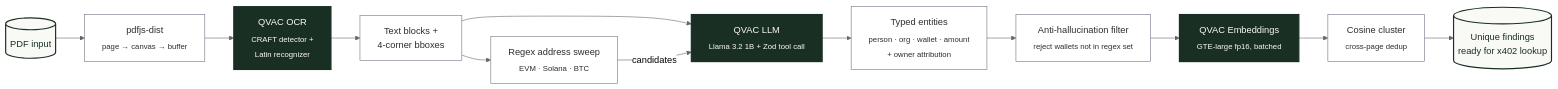
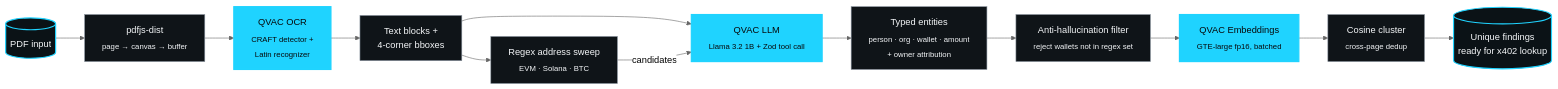
One commit to victorjayeoba/sovereign changed the third of 3 diagrams in README.md. Above: the diagram before and after it, drawn with Mermaid (neutral theme). The commit also changed other lines of this file and 1 other file, not shown here.

````diff
--- a/README.md
+++ b/README.md
@@ -195,26 +174,26 @@
 ```mermaid
 flowchart LR
     PDF[(PDF input)]
     PDF --> Raster["pdfjs-dist<br/><sub>page → canvas → buffer</sub>"]
 
     Raster --> OCR["QVAC OCR<br/><sub>CRAFT detector +<br/>Latin recognizer</sub>"]
     OCR --> Blocks["Text blocks +<br/>4-corner bboxes"]
 
     Blocks --> Regex["Regex address sweep<br/><sub>EVM · Solana · BTC</sub>"]
     Blocks --> LLM["QVAC LLM<br/><sub>Llama 3.2 1B + Zod tool call</sub>"]
     Regex -->|"candidates"| LLM
 
     LLM --> Entities["Typed entities<br/><sub>person · org · wallet · amount<br/>+ owner attribution</sub>"]
     Entities --> Filter["Anti-hallucination filter<br/><sub>reject wallets not in regex set</sub>"]
 
     Filter --> EMB["QVAC Embeddings<br/><sub>GTE-large fp16, batched</sub>"]
     EMB --> Dedup["Cosine cluster<br/><sub>cross-page dedup</sub>"]
     Dedup --> Findings[("Unique findings<br/>ready for x402 lookup")]
 
-    classDef qvac fill:#1A2F24,stroke:#1A2F24,color:#F9F9F6,stroke-width:2px;
-    classDef step fill:#FFFFFF,stroke:#6B7280,color:#2D2D2D;
-    classDef io fill:#F9F9F6,stroke:#1A2F24,color:#1A2F24,stroke-width:2px;
+    classDef qvac fill:#1FD3FF,stroke:#1FD3FF,color:#07090B,stroke-width:2px;
+    classDef step fill:#0F1418,stroke:#8B95A0,color:#F4F6F8;
+    classDef io fill:#0B1216,stroke:#1FD3FF,color:#F4F6F8,stroke-width:2px;
     class OCR,LLM,EMB qvac
     class Raster,Blocks,Regex,Entities,Filter,Dedup step
     class PDF,Findings io
 ```
````
